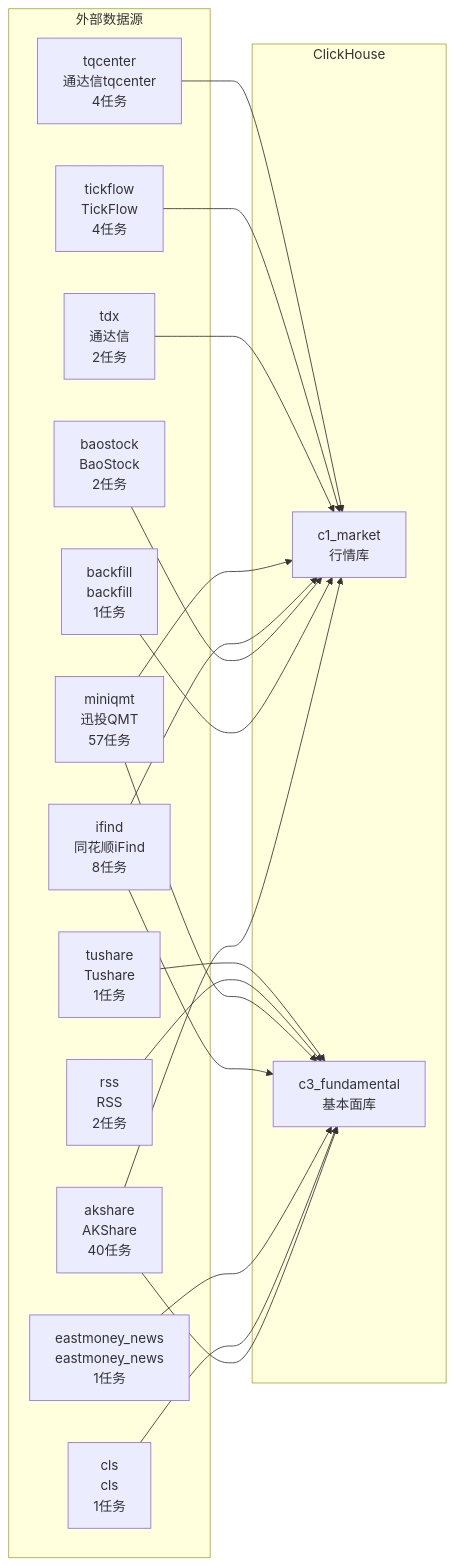
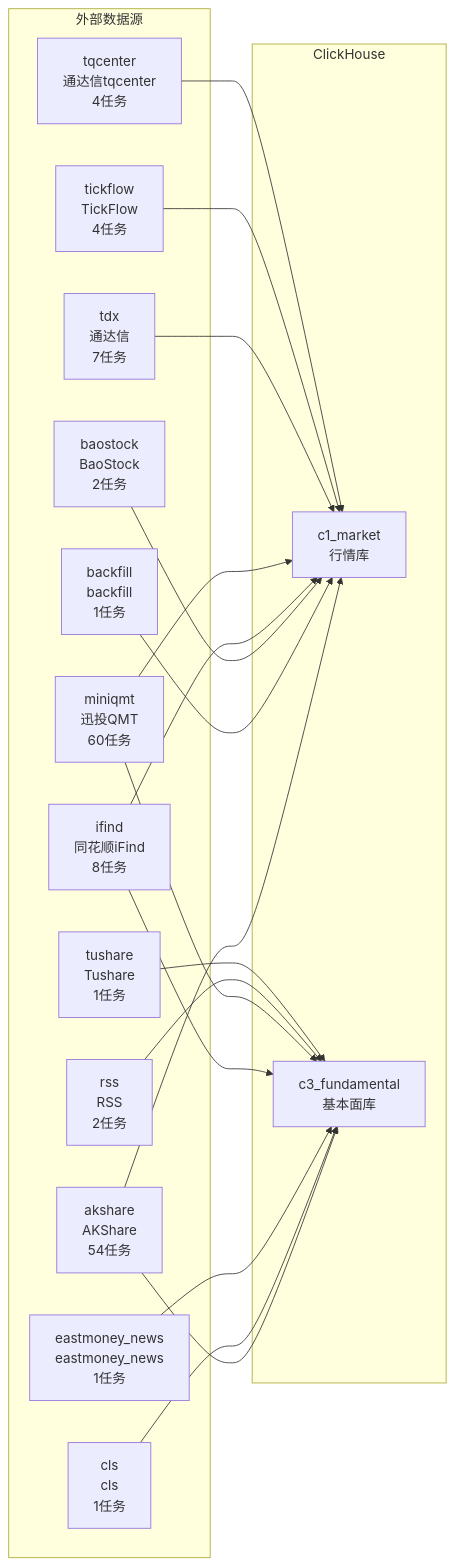
One commit to xuanFelixVan/ZephyrAlpha changed the diagram in docs/02_enterprise_architecture/05_dataflow_architecture/data_acquisition_flow.md. Above: the diagram before and after it, drawn with Mermaid. The commit also changed other lines of this file and 24 other files, not shown here.

First line of the commit message:
docs(architecture): 重生4个生成器输出（sys.path修复后首次干净重生）

````diff
--- a/docs/02_enterprise_architecture/05_dataflow_architecture/data_acquisition_flow.md
+++ b/docs/02_enterprise_architecture/05_dataflow_architecture/data_acquisition_flow.md
@@ -342,38 +364,38 @@
 ```mermaid
 flowchart LR
     subgraph 外部数据源
-        S6["miniqmt<br/>迅投QMT<br/>57任务"]
-        S0["akshare<br/>AKShare<br/>40任务"]
+        S6["miniqmt<br/>迅投QMT<br/>60任务"]
+        S0["akshare<br/>AKShare<br/>54任务"]
         S5["ifind<br/>同花顺iFind<br/>8任务"]
+        S8["tdx<br/>通达信<br/>7任务"]
         S9["tickflow<br/>TickFlow<br/>4任务"]
         S10["tqcenter<br/>通达信tqcenter<br/>4任务"]
         S7["rss<br/>RSS<br/>2任务"]
-        S8["tdx<br/>通达信<br/>2任务"]
         S2["baostock<br/>BaoStock<br/>2任务"]
         S3["cls<br/>cls<br/>1任务"]
         S4["eastmoney_news<br/>eastmoney_news<br/>1任务"]
         S11["tushare<br/>Tushare<br/>1任务"]
         S1["backfill<br/>backfill<br/>1任务"]
     end
 
     subgraph ClickHouse
         D0["c1_market<br/>行情库"]
         D1["c3_fundamental<br/>基本面库"]
     end
 
     S0 --> D0
     S0 --> D1
     S1 --> D0
     S2 --> D0
     S3 --> D1
     S4 --> D1
     S5 --> D0
     S5 --> D1
     S6 --> D0
     S6 --> D1
     S7 --> D1
     S8 --> D0
     S9 --> D0
     S10 --> D0
     S11 --> D1
 ```
````
